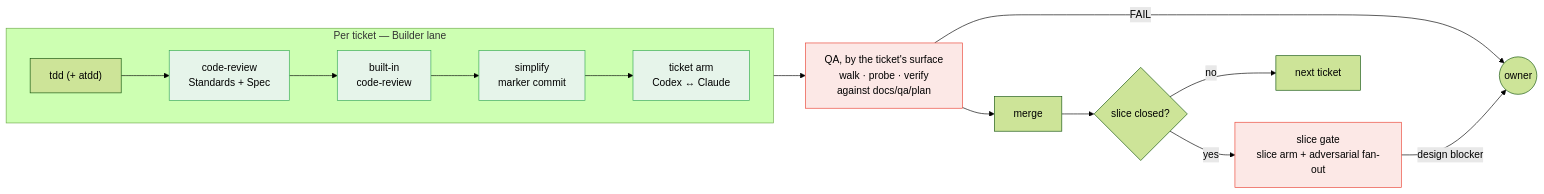
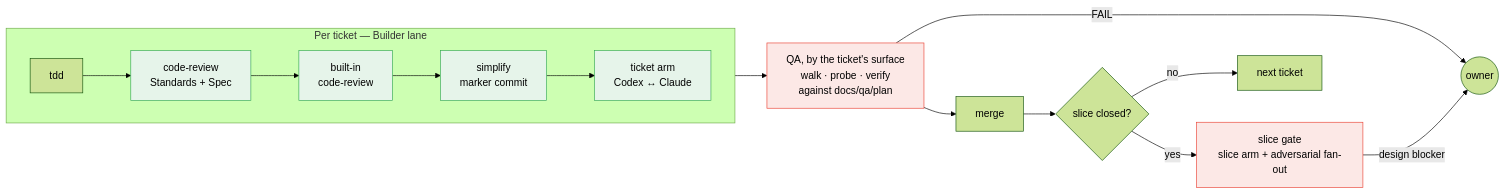
One commit to thientranhung/astragentic changed the third of 3 diagrams in README.md. Above: the diagram before and after it, drawn with Mermaid (forest theme). The commit also changed other lines of this file and 73 other files, not shown here.

````diff
--- a/README.md
+++ b/README.md
@@ -164,21 +163,21 @@
 ```mermaid
 flowchart LR
     subgraph PT["Per ticket — Builder lane"]
         direction LR
-        R0["tdd (+ atdd)"] --> R1["code-review\nStandards + Spec"] --> R2["built-in\ncode-review"] --> R3["simplify\nmarker commit"] --> R4["ticket arm\nCodex ↔ Claude"]
+        R0["tdd"] --> R1["code-review\nStandards + Spec"] --> R2["built-in\ncode-review"] --> R3["simplify\nmarker commit"] --> R4["ticket arm\nCodex ↔ Claude"]
     end
     PT --> QA["QA, by the ticket's surface\nwalk · probe · verify\nagainst docs/qa/plan"]
     QA --> M["merge"]
     M --> SC{"slice closed?"}
     SC -->|yes| SG["slice gate\nslice arm + adversarial fan-out"]
     SC -->|no| Next["next ticket"]
     QA -->|FAIL| Owner(("owner"))
     SG -->|design blocker| Owner
 
     style R1 fill:#e6f4ea,stroke:#34a853
     style R2 fill:#e6f4ea,stroke:#34a853
     style R3 fill:#e6f4ea,stroke:#34a853
     style R4 fill:#e6f4ea,stroke:#34a853
     style QA fill:#fce8e6,stroke:#ea4335
     style SG fill:#fce8e6,stroke:#ea4335
 ```
````
